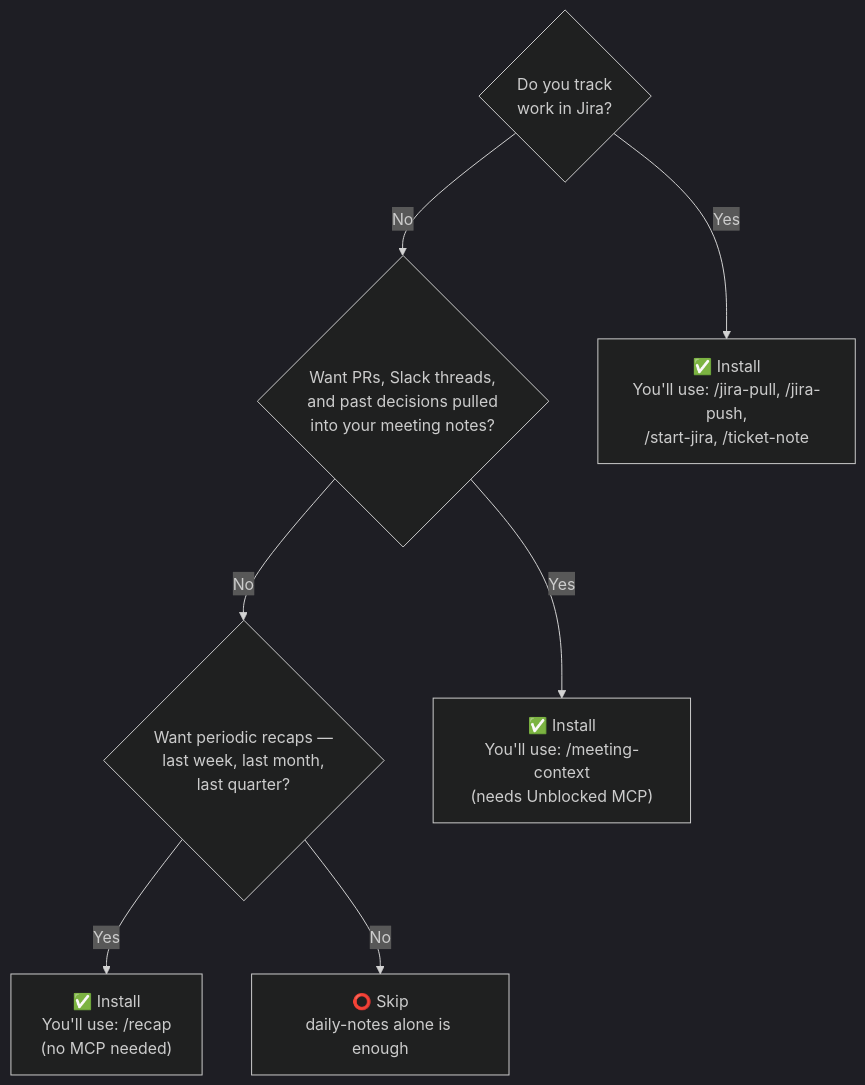
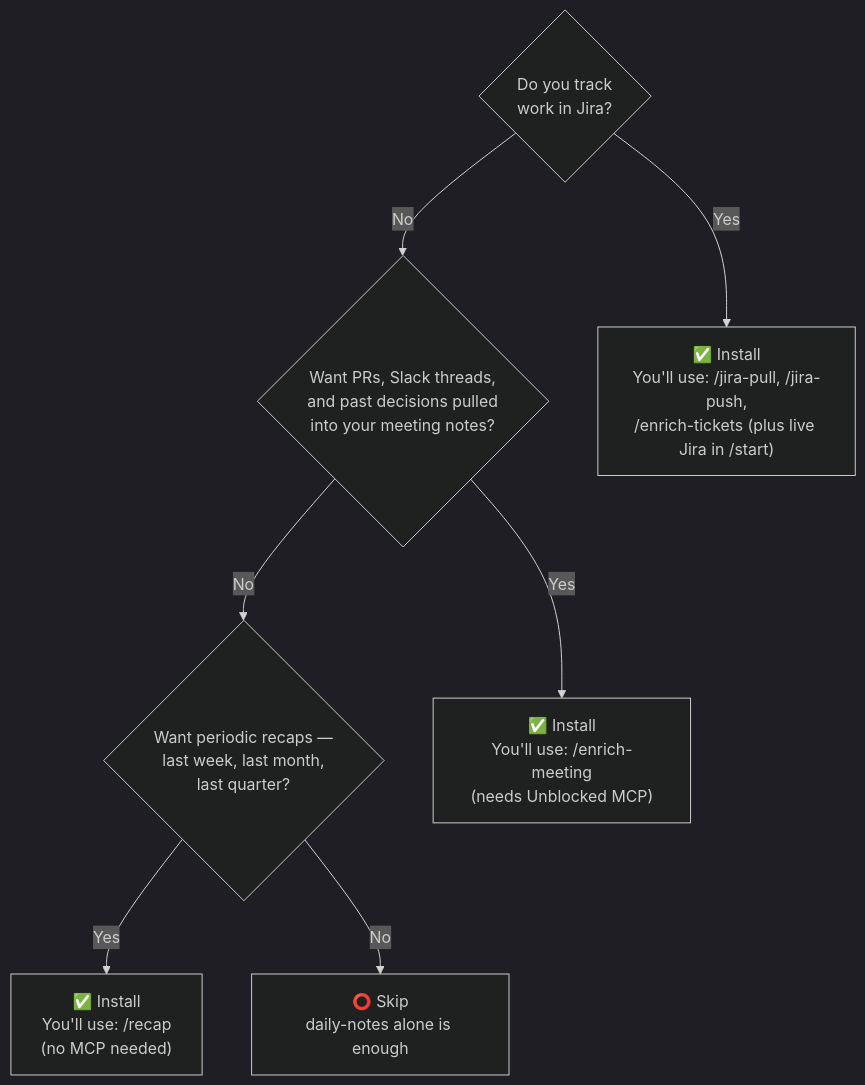
The first of 2 diagrams in plugins/productivity/notes-integrations/README.md (GhaidaAlAtoum/plugin-playground), drawn with Mermaid (dark theme) before and after one commit. The commit also changed other lines of this file and 17 other files, not shown here.

````diff
--- a/plugins/productivity/notes-integrations/README.md
+++ b/plugins/productivity/notes-integrations/README.md
@@ -27,13 +27,13 @@
 ```mermaid
 flowchart TD
     Q1{"Do you track\nwork in Jira?"}
     Q2{"Want PRs, Slack threads,\nand past decisions pulled\ninto your meeting notes?"}
     Q3{"Want periodic recaps —\nlast week, last month,\nlast quarter?"}
 
-    Q1 -->|Yes| A1["✅ Install\nYou'll use: /jira-pull, /jira-push,\n/start-jira, /ticket-note"]
+    Q1 -->|Yes| A1["✅ Install\nYou'll use: /jira-pull, /jira-push,\n/enrich-tickets (plus live Jira in /start)"]
     Q1 -->|No| Q2
-    Q2 -->|Yes| A2["✅ Install\nYou'll use: /meeting-context\n(needs Unblocked MCP)"]
+    Q2 -->|Yes| A2["✅ Install\nYou'll use: /enrich-meeting\n(needs Unblocked MCP)"]
     Q2 -->|No| Q3
     Q3 -->|Yes| A3["✅ Install\nYou'll use: /recap\n(no MCP needed)"]
     Q3 -->|No| A4["⭕ Skip\ndaily-notes alone is enough"]
 ```
````
